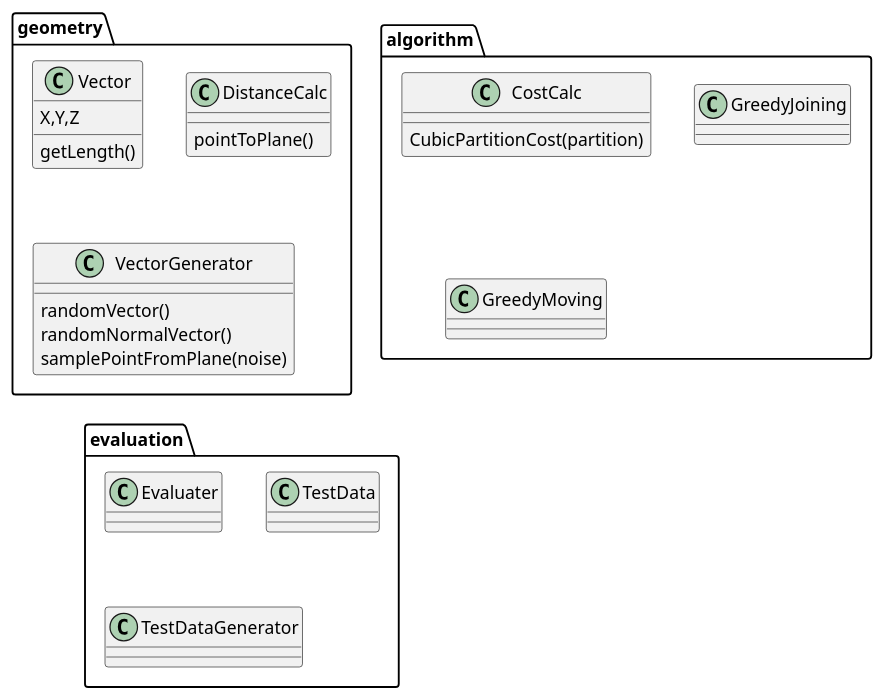
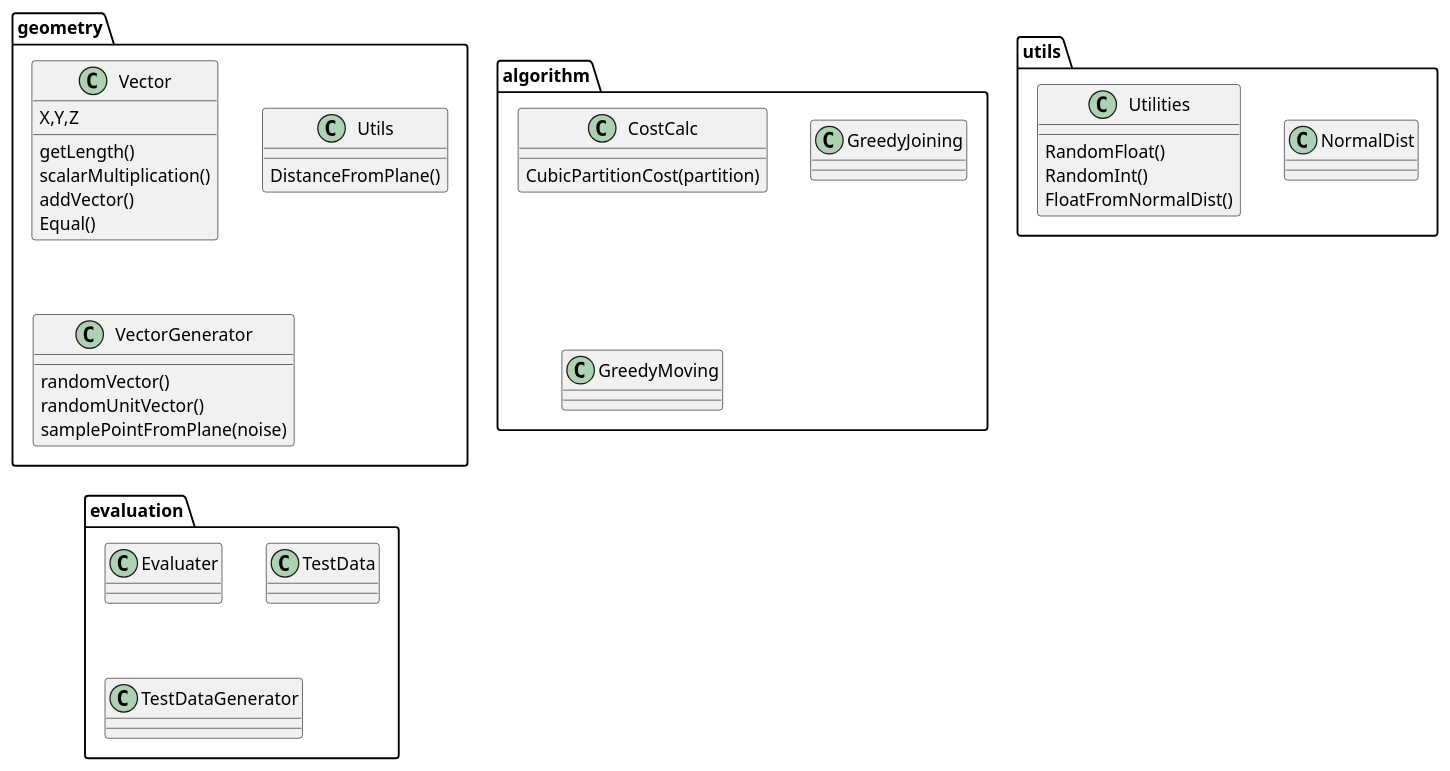
The diagram in ProjectStructure.puml (JlsBssmnn/local-search-algorithm-for-cubic-clustering), drawn with PlantUML before and after one commit. The commit also changed 9 other files, not shown here.

Commit message:
add vector package for vector operations and sampling

```diff
--- a/ProjectStructure.puml
+++ b/ProjectStructure.puml
@@ -1,46 +1,60 @@
 @startuml ScienceProject
 package geometry {
   Class Vector {
     X,Y,Z
     getLength()
+    scalarMultiplication()
+    addVector()
+    Equal()
   }
 
-  Class DistanceCalc {
-    pointToPlane()
+  Class Utils {
+    DistanceFromPlane()
   }
 
   Class VectorGenerator {
     randomVector()
-    randomNormalVector()
+    randomUnitVector()
     samplePointFromPlane(noise)
   }
 }
 
 package algorithm {
   Class CostCalc {
     CubicPartitionCost(partition)
   }
 
   Class GreedyJoining {
 
   }
 
   Class GreedyMoving {
 
   }
 }
 
 package evaluation {
   Class Evaluater {
 
   }
 
   Class TestData {
 
   }
 
   Class TestDataGenerator {
 
   }
 }
+
+package utils {
+  Class NormalDist {
+  }
+
+  Class Utilities {
+    RandomFloat()
+    RandomInt()
+    FloatFromNormalDist()
+  }
+}
 @enduml
```
